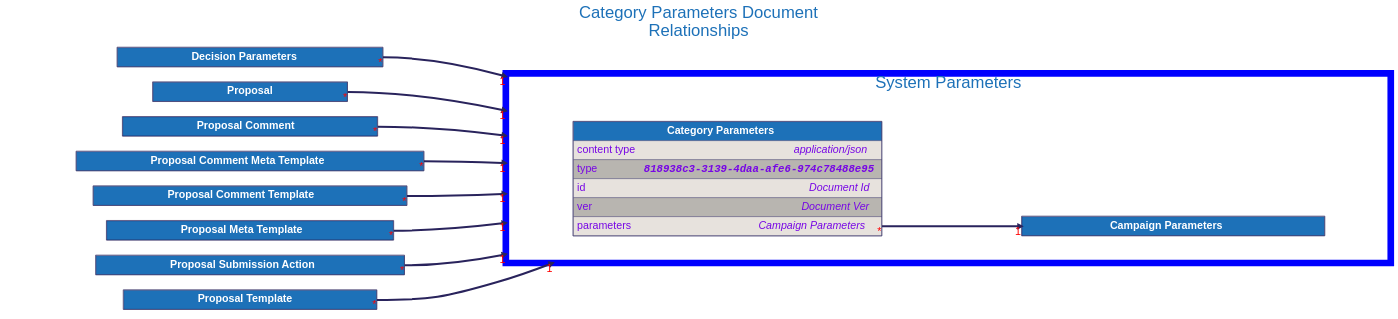
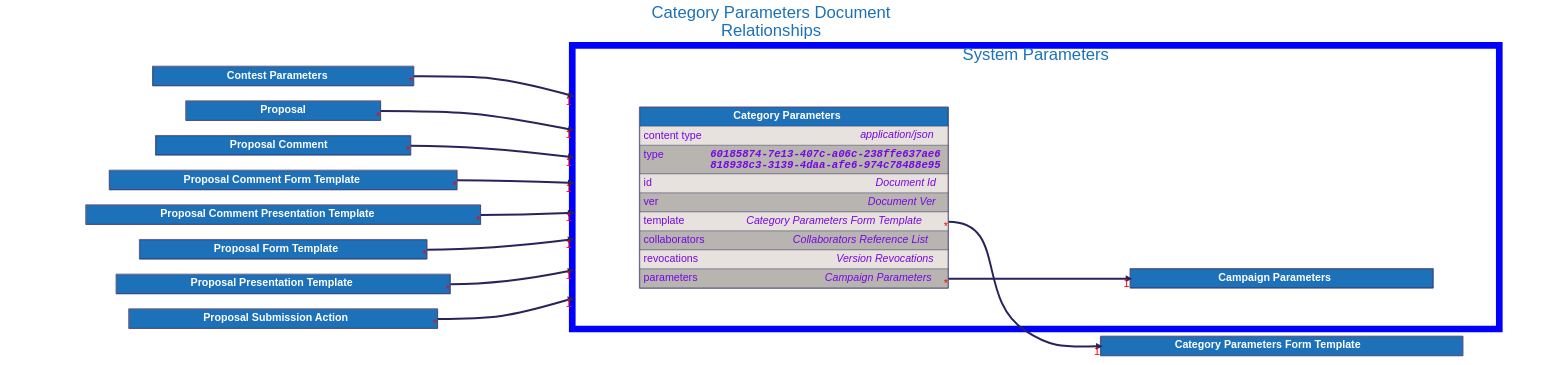
Before and after one commit to input-output-hk/catalyst-libs: the diagram in docs/src/architecture/08_concepts/signed_doc/diagrams/category_parameters.dot, drawn with Graphviz. The commit also changed 242 other files, not shown here.

```diff
--- a/docs/src/architecture/08_concepts/signed_doc/diagrams/category_parameters.dot
+++ b/docs/src/architecture/08_concepts/signed_doc/diagrams/category_parameters.dot
@@ -11,6 +11,141 @@
     fontsize=50
     compound=true
 
+
+
+    "Category Parameters Form Template" [
+        id="Category Parameters Form Template";
+        label=<
+            <TABLE BORDER="2" COLOR="#29235c" CELLBORDER="1" CELLSPACING="0" CELLPADDING="10">
+            <TR>
+                <TD PORT="title" BGCOLOR="#1d71b8" HREF="../category_parameters_form_template/">
+                    <FONT COLOR="#ffffff"><B> Category Parameters Form Template </B></FONT>
+                </TD>
+            </TR>
+
+            </TABLE>
+        >
+    ];
+
+
+    "Contest Parameters" [
+        id="Contest Parameters";
+        label=<
+            <TABLE BORDER="2" COLOR="#29235c" CELLBORDER="1" CELLSPACING="0" CELLPADDING="10">
+            <TR>
+                <TD PORT="title" BGCOLOR="#1d71b8" HREF="../contest_parameters/">
+                    <FONT COLOR="#ffffff"><B> Contest Parameters </B></FONT>
+                </TD>
+            </TR>
+
+            </TABLE>
+        >
+    ];
+
+
+    "Proposal" [
+        id="Proposal";
+        label=<
+            <TABLE BORDER="2" COLOR="#29235c" CELLBORDER="1" CELLSPACING="0" CELLPADDING="10">
+            <TR>
+                <TD PORT="title" BGCOLOR="#1d71b8" HREF="../proposal/">
+                    <FONT COLOR="#ffffff"><B> Proposal </B></FONT>
+                </TD>
+            </TR>
+
+            </TABLE>
+        >
+    ];
+
+
+    "Proposal Comment" [
+        id="Proposal Comment";
+        label=<
+            <TABLE BORDER="2" COLOR="#29235c" CELLBORDER="1" CELLSPACING="0" CELLPADDING="10">
+            <TR>
+                <TD PORT="title" BGCOLOR="#1d71b8" HREF="../proposal_comment/">
+                    <FONT COLOR="#ffffff"><B> Proposal Comment </B></FONT>
+                </TD>
+            </TR>
+
+            </TABLE>
+        >
+    ];
+
+
+    "Proposal Comment Form Template" [
+        id="Proposal Comment Form Template";
+        label=<
+            <TABLE BORDER="2" COLOR="#29235c" CELLBORDER="1" CELLSPACING="0" CELLPADDING="10">
+            <TR>
+                <TD PORT="title" BGCOLOR="#1d71b8" HREF="../proposal_comment_form_template/">
+                    <FONT COLOR="#ffffff"><B> Proposal Comment Form Template </B></FONT>
+                </TD>
+            </TR>
+
+            </TABLE>
+        >
+    ];
+
+
+    "Proposal Comment Presentation Template" [
+        id="Proposal Comment Presentation Template";
+        label=<
+            <TABLE BORDER="2" COLOR="#29235c" CELLBORDER="1" CELLSPACING="0" CELLPADDING="10">
+            <TR>
+                <TD PORT="title" BGCOLOR="#1d71b8" HREF="../proposal_comment_presentation_template/">
+                    <FONT COLOR="#ffffff"><B> Proposal Comment Presentation Template </B></FONT>
+                </TD>
+            </TR>
+
+            </TABLE>
+        >
+    ];
+
+
+    "Proposal Form Template" [
+        id="Proposal Form Template";
+        label=<
+            <TABLE BORDER="2" COLOR="#29235c" CELLBORDER="1" CELLSPACING="0" CELLPADDING="10">
+            <TR>
+                <TD PORT="title" BGCOLOR="#1d71b8" HREF="../proposal_form_template/">
+                    <FONT COLOR="#ffffff"><B> Proposal Form Template </B></FONT>
+                </TD>
+            </TR>
+
+            </TABLE>
+        >
+    ];
+
+
+    "Proposal Presentation Template" [
+        id="Proposal Presentation Template";
+        label=<
+            <TABLE BORDER="2" COLOR="#29235c" CELLBORDER="1" CELLSPACING="0" CELLPADDING="10">
+            <TR>
+                <TD PORT="title" BGCOLOR="#1d71b8" HREF="../proposal_presentation_template/">
+                    <FONT COLOR="#ffffff"><B> Proposal Presentation Template </B></FONT>
+                </TD>
+            </TR>
+
+            </TABLE>
+        >
+    ];
+
+
+    "Proposal Submission Action" [
+        id="Proposal Submission Action";
+        label=<
+            <TABLE BORDER="2" COLOR="#29235c" CELLBORDER="1" CELLSPACING="0" CELLPADDING="10">
+            <TR>
+                <TD PORT="title" BGCOLOR="#1d71b8" HREF="../proposal_submission_action/">
+                    <FONT COLOR="#ffffff"><B> Proposal Submission Action </B></FONT>
+                </TD>
+            </TR>
+
+            </TABLE>
+        >
+    ];
 
 
     subgraph cluster_system_parameters {
@@ -57,7 +192,7 @@
                         <TABLE CELLPADDING="0" CELLSPACING="0" BORDER="0">
                             <TR>
                                 <TD ALIGN="LEFT" VALIGN="TOP" WIDTH="200"><FONT COLOR="#7706E5">type</FONT></TD>
-                                <TD ALIGN="RIGHT"><FONT FACE="Courier" COLOR="#7706E5"><B><I>818938c3-3139-4daa-afe6-974c78488e95</I></B></FONT></TD>
+                                <TD ALIGN="RIGHT"><FONT FACE="Courier" COLOR="#7706E5"><B><I>60185874-7e13-407c-a06c-238ffe637ae6<BR />818938c3-3139-4daa-afe6-974c78488e95</I></B></FONT></TD>
                             </TR>
                         </TABLE>
                     </TD>
@@ -83,7 +218,37 @@
                     </TD>
                 </TR>
                 <TR>
-                    <TD ALIGN="LEFT" PORT="parameters" BGCOLOR="#e7e2dd">
+                    <TD ALIGN="LEFT" PORT="template" BGCOLOR="#e7e2dd">
+                        <TABLE CELLPADDING="0" CELLSPACING="0" BORDER="0">
+                            <TR>
+                                <TD ALIGN="LEFT" VALIGN="TOP" WIDTH="200"><FONT COLOR="#7706E5">template</FONT></TD>
+                                <TD ALIGN="RIGHT"><FONT COLOR="#7706E5"><I>Category Parameters Form Template</I></FONT></TD>
+                            </TR>
+                        </TABLE>
+                    </TD>
+                </TR>
+                <TR>
+                    <TD ALIGN="LEFT" PORT="collaborators" BGCOLOR="#b8b5b0">
+                        <TABLE CELLPADDING="0" CELLSPACING="0" BORDER="0">
+                            <TR>
+                                <TD ALIGN="LEFT" VALIGN="TOP" WIDTH="200"><FONT COLOR="#7706E5">collaborators</FONT></TD>
+                                <TD ALIGN="RIGHT"><FONT COLOR="#7706E5"><I>Collaborators Reference List</I></FONT></TD>
+                            </TR>
+                        </TABLE>
+                    </TD>
+                </TR>
+                <TR>
+                    <TD ALIGN="LEFT" PORT="revocations" BGCOLOR="#e7e2dd">
+                        <TABLE CELLPADDING="0" CELLSPACING="0" BORDER="0">
+                            <TR>
+                                <TD ALIGN="LEFT" VALIGN="TOP" WIDTH="200"><FONT COLOR="#7706E5">revocations</FONT></TD>
+                                <TD ALIGN="RIGHT"><FONT COLOR="#7706E5"><I>Version Revocations</I></FONT></TD>
+                            </TR>
+                        </TABLE>
+                    </TD>
+                </TR>
+                <TR>
+                    <TD ALIGN="LEFT" PORT="parameters" BGCOLOR="#b8b5b0">
                         <TABLE CELLPADDING="0" CELLSPACING="0" BORDER="0">
                             <TR>
                                 <TD ALIGN="LEFT" VALIGN="TOP" WIDTH="200"><FONT COLOR="#7706E5">parameters</FONT></TD>
@@ -99,133 +264,14 @@
 
     }
 
-    "Decision Parameters" [
-        id="Decision Parameters";
-        label=<
-            <TABLE BORDER="2" COLOR="#29235c" CELLBORDER="1" CELLSPACING="0" CELLPADDING="10">
-            <TR>
-                <TD PORT="title" BGCOLOR="#1d71b8" HREF="../decision_parameters/">
-                    <FONT COLOR="#ffffff"><B> Decision Parameters </B></FONT>
-                </TD>
-            </TR>
-
-            </TABLE>
-        >
-    ];
-
-
-    "Proposal" [
-        id="Proposal";
-        label=<
-            <TABLE BORDER="2" COLOR="#29235c" CELLBORDER="1" CELLSPACING="0" CELLPADDING="10">
-            <TR>
-                <TD PORT="title" BGCOLOR="#1d71b8" HREF="../proposal/">
-                    <FONT COLOR="#ffffff"><B> Proposal </B></FONT>
-                </TD>
-            </TR>
-
-            </TABLE>
-        >
-    ];
-
-
-    "Proposal Comment" [
-        id="Proposal Comment";
-        label=<
-            <TABLE BORDER="2" COLOR="#29235c" CELLBORDER="1" CELLSPACING="0" CELLPADDING="10">
-            <TR>
-                <TD PORT="title" BGCOLOR="#1d71b8" HREF="../proposal_comment/">
-                    <FONT COLOR="#ffffff"><B> Proposal Comment </B></FONT>
-                </TD>
-            </TR>
-
-            </TABLE>
-        >
-    ];
-
-
-    "Proposal Comment Meta Template" [
-        id="Proposal Comment Meta Template";
-        label=<
-            <TABLE BORDER="2" COLOR="#29235c" CELLBORDER="1" CELLSPACING="0" CELLPADDING="10">
-            <TR>
-                <TD PORT="title" BGCOLOR="#1d71b8" HREF="../proposal_comment_meta_template/">
-                    <FONT COLOR="#ffffff"><B> Proposal Comment Meta Template </B></FONT>
-                </TD>
-            </TR>
-
-            </TABLE>
-        >
-    ];
-
-
-    "Proposal Comment Template" [
-        id="Proposal Comment Template";
-        label=<
-            <TABLE BORDER="2" COLOR="#29235c" CELLBORDER="1" CELLSPACING="0" CELLPADDING="10">
-            <TR>
-                <TD PORT="title" BGCOLOR="#1d71b8" HREF="../proposal_comment_template/">
-                    <FONT COLOR="#ffffff"><B> Proposal Comment Template </B></FONT>
-                </TD>
-            </TR>
-
-            </TABLE>
-        >
-    ];
-
-
-    "Proposal Meta Template" [
-        id="Proposal Meta Template";
-        label=<
-            <TABLE BORDER="2" COLOR="#29235c" CELLBORDER="1" CELLSPACING="0" CELLPADDING="10">
-            <TR>
-                <TD PORT="title" BGCOLOR="#1d71b8" HREF="../proposal_meta_template/">
-                    <FONT COLOR="#ffffff"><B> Proposal Meta Template </B></FONT>
-                </TD>
-            </TR>
-
-            </TABLE>
-        >
-    ];
-
-
-    "Proposal Submission Action" [
-        id="Proposal Submission Action";
-        label=<
-            <TABLE BORDER="2" COLOR="#29235c" CELLBORDER="1" CELLSPACING="0" CELLPADDING="10">
-            <TR>
-                <TD PORT="title" BGCOLOR="#1d71b8" HREF="../proposal_submission_action/">
-                    <FONT COLOR="#ffffff"><B> Proposal Submission Action </B></FONT>
-                </TD>
-            </TR>
-
-            </TABLE>
-        >
-    ];
-
-
-    "Proposal Template" [
-        id="Proposal Template";
-        label=<
-            <TABLE BORDER="2" COLOR="#29235c" CELLBORDER="1" CELLSPACING="0" CELLPADDING="10">
-            <TR>
-                <TD PORT="title" BGCOLOR="#1d71b8" HREF="../proposal_template/">
-                    <FONT COLOR="#ffffff"><B> Proposal Template </B></FONT>
-                </TD>
-            </TR>
-
-            </TABLE>
-        >
-    ];
-
-
+    "Category Parameters":"template":e -> "Category Parameters Form Template":"title":w [dir=forward, penwidth=6, color="#29235c", headlabel="1", taillabel="*"]
     "Category Parameters":"parameters":e -> "Campaign Parameters":"title":w [dir=forward, penwidth=6, color="#29235c", headlabel="1", taillabel="*"]
-    "Decision Parameters":"title":e -> "Category Parameters" [dir=forward, penwidth=6, color="#29235c", headlabel="1", taillabel="*", lhead="cluster_system_parameters"]
+    "Contest Parameters":"title":e -> "Category Parameters" [dir=forward, penwidth=6, color="#29235c", headlabel="1", taillabel="*", lhead="cluster_system_parameters"]
     "Proposal":"title":e -> "Category Parameters" [dir=forward, penwidth=6, color="#29235c", headlabel="1", taillabel="*", lhead="cluster_system_parameters"]
     "Proposal Comment":"title":e -> "Category Parameters" [dir=forward, penwidth=6, color="#29235c", headlabel="1", taillabel="*", lhead="cluster_system_parameters"]
-    "Proposal Comment Meta Template":"title":e -> "Category Parameters" [dir=forward, penwidth=6, color="#29235c", headlabel="1", taillabel="*", lhead="cluster_system_parameters"]
-    "Proposal Comment Template":"title":e -> "Category Parameters" [dir=forward, penwidth=6, color="#29235c", headlabel="1", taillabel="*", lhead="cluster_system_parameters"]
-    "Proposal Meta Template":"title":e -> "Category Parameters" [dir=forward, penwidth=6, color="#29235c", headlabel="1", taillabel="*", lhead="cluster_system_parameters"]
+    "Proposal Comment Form Template":"title":e -> "Category Parameters" [dir=forward, penwidth=6, color="#29235c", headlabel="1", taillabel="*", lhead="cluster_system_parameters"]
+    "Proposal Comment Presentation Template":"title":e -> "Category Parameters" [dir=forward, penwidth=6, color="#29235c", headlabel="1", taillabel="*", lhead="cluster_system_parameters"]
+    "Proposal Form Template":"title":e -> "Category Parameters" [dir=forward, penwidth=6, color="#29235c", headlabel="1", taillabel="*", lhead="cluster_system_parameters"]
+    "Proposal Presentation Template":"title":e -> "Category Parameters" [dir=forward, penwidth=6, color="#29235c", headlabel="1", taillabel="*", lhead="cluster_system_parameters"]
     "Proposal Submission Action":"title":e -> "Category Parameters" [dir=forward, penwidth=6, color="#29235c", headlabel="1", taillabel="*", lhead="cluster_system_parameters"]
-    "Proposal Template":"title":e -> "Category Parameters" [dir=forward, penwidth=6, color="#29235c", headlabel="1", taillabel="*", lhead="cluster_system_parameters"]
 }
```
